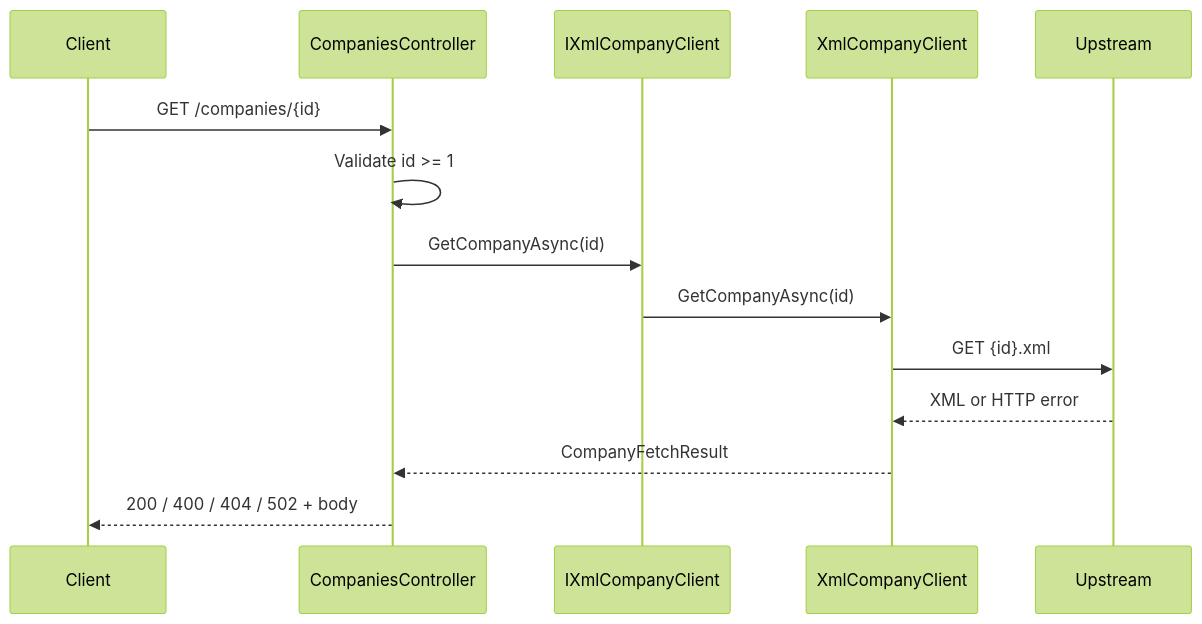
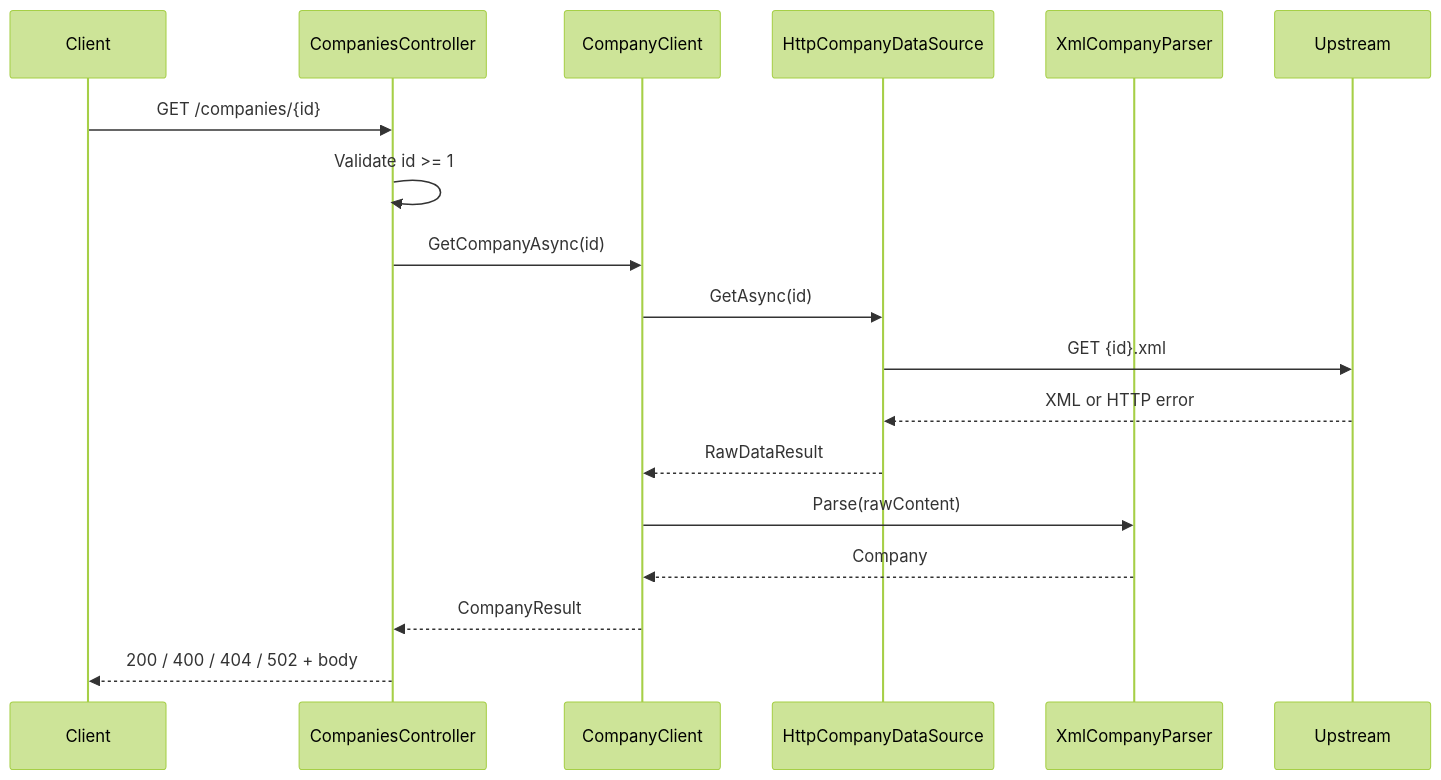
The diagram in README.md (ru-ng/ru-ng-mwnz), drawn with Mermaid (forest theme) before and after one commit. The commit also changed other lines of this file, not shown here.

````diff
--- a/README.md
+++ b/README.md
@@ -7,17 +7,21 @@
 ```mermaid
 sequenceDiagram
     participant Client
     participant CompaniesController
-    participant IXmlCompanyClient
-    participant XmlCompanyClient
+    participant CompanyClient
+    participant HttpCompanyDataSource
+    participant XmlCompanyParser
     participant Upstream
 
     Client->>CompaniesController: GET /companies/{id}
     CompaniesController->>CompaniesController: Validate id >= 1
-    CompaniesController->>IXmlCompanyClient: GetCompanyAsync(id)
-    IXmlCompanyClient->>XmlCompanyClient: GetCompanyAsync(id)
-    XmlCompanyClient->>Upstream: GET {id}.xml
-    Upstream-->>XmlCompanyClient: XML or HTTP error
-    XmlCompanyClient-->>CompaniesController: CompanyFetchResult
+    CompaniesController->>CompanyClient: GetCompanyAsync(id)
+    CompanyClient->>HttpCompanyDataSource: GetAsync(id)
+    HttpCompanyDataSource->>Upstream: GET {id}.xml
+    Upstream-->>HttpCompanyDataSource: XML or HTTP error
+    HttpCompanyDataSource-->>CompanyClient: RawDataResult
+    CompanyClient->>XmlCompanyParser: Parse(rawContent)
+    XmlCompanyParser-->>CompanyClient: Company
+    CompanyClient-->>CompaniesController: CompanyResult
     CompaniesController-->>Client: 200 / 400 / 404 / 502 + body
 ```
````
